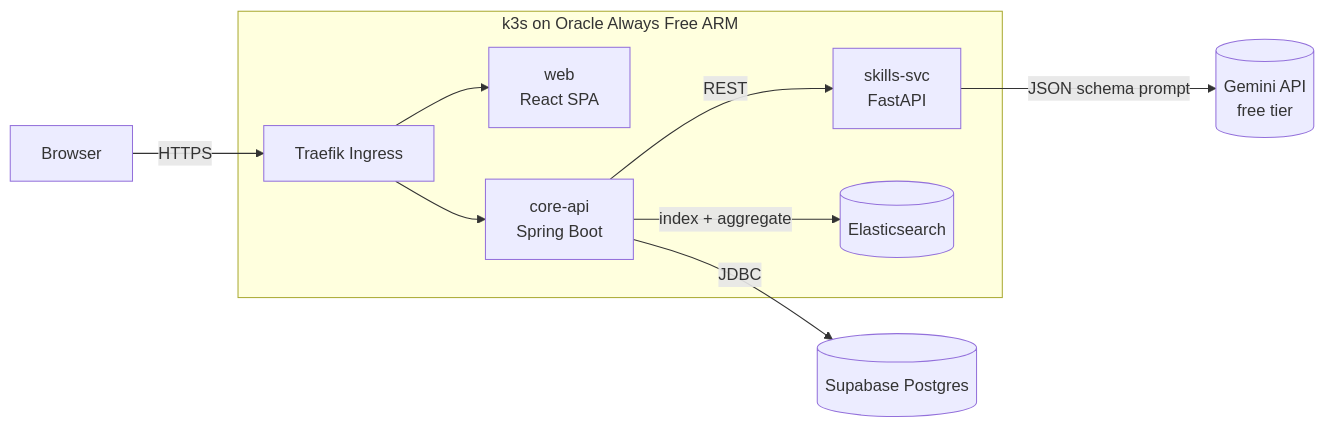
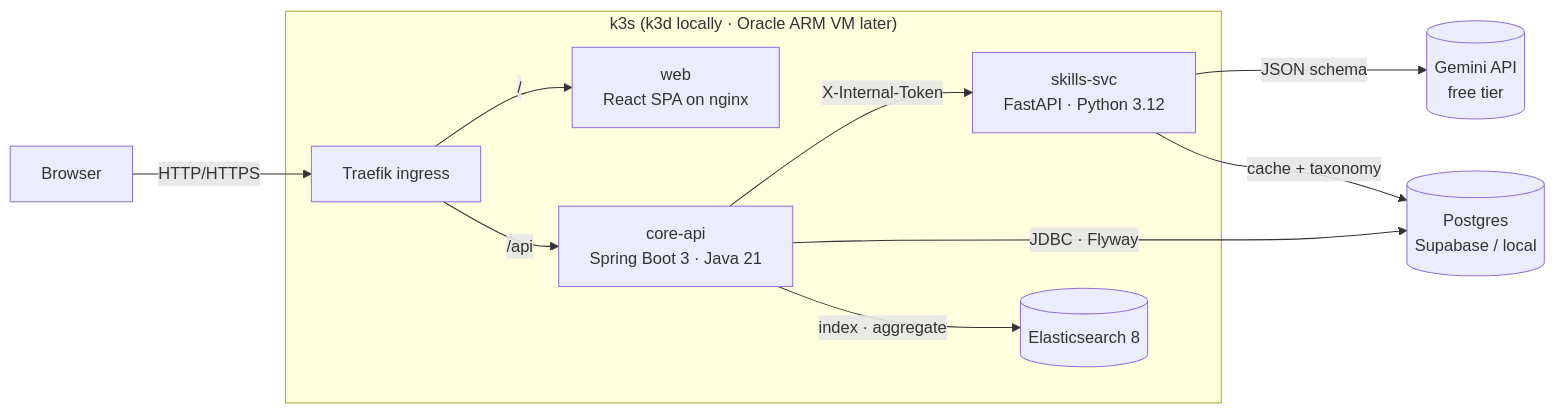
The diagram in README.md (sayoungestguy/skillsieve), drawn with Mermaid before and after one commit. The commit also changed other lines of this file and 10 other files, not shown here.

First line of the commit message:
docs: add ER, class, state, sequence and flow diagrams; new README

````diff
--- a/README.md
+++ b/README.md
@@ -40,17 +52,18 @@
 ```mermaid
 flowchart LR
-  U[Browser] -->|HTTPS| T[Traefik Ingress]
-  T --> W[web<br/>React SPA]
-  T --> C[core-api<br/>Spring Boot]
-  C -->|REST| S[skills-svc<br/>FastAPI]
-  S -->|JSON schema prompt| G[(Gemini API<br/>free tier)]
-  C -->|JDBC| P[(Supabase Postgres)]
-  C -->|index + aggregate| E[(Elasticsearch)]
-  subgraph k3s on Oracle Always Free ARM
+  U[Browser] -->|HTTP/HTTPS| T[Traefik ingress]
+  T -->|/| W[web<br/>React SPA on nginx]
+  T -->|/api| C[core-api<br/>Spring Boot 3 · Java 21]
+  C -->|X-Internal-Token| S[skills-svc<br/>FastAPI · Python 3.12]
+  S -->|JSON schema| G[(Gemini API<br/>free tier)]
+  C -->|JDBC · Flyway| P[(Postgres<br/>Supabase / local)]
+  S -->|cache + taxonomy| P
+  C -->|index · aggregate| E[(Elasticsearch 8)]
+  subgraph k3s["k3s (k3d locally · Oracle ARM VM later)"]
     T
     W
     C
     S
     E
   end
 ```
````
